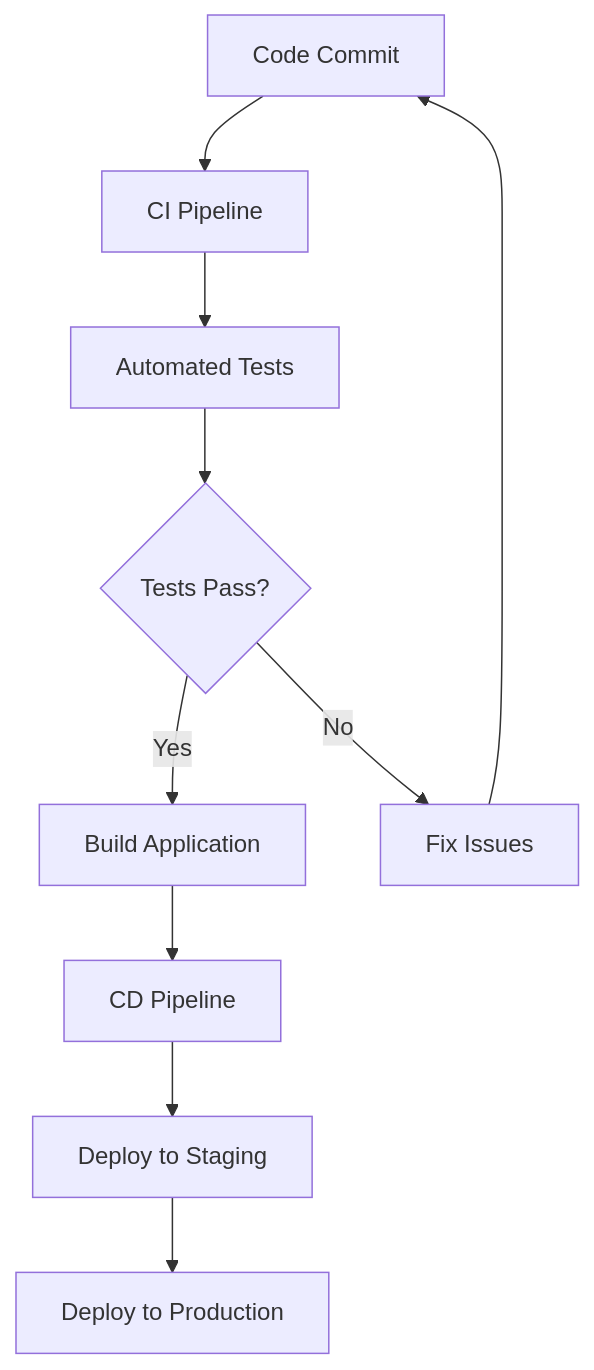
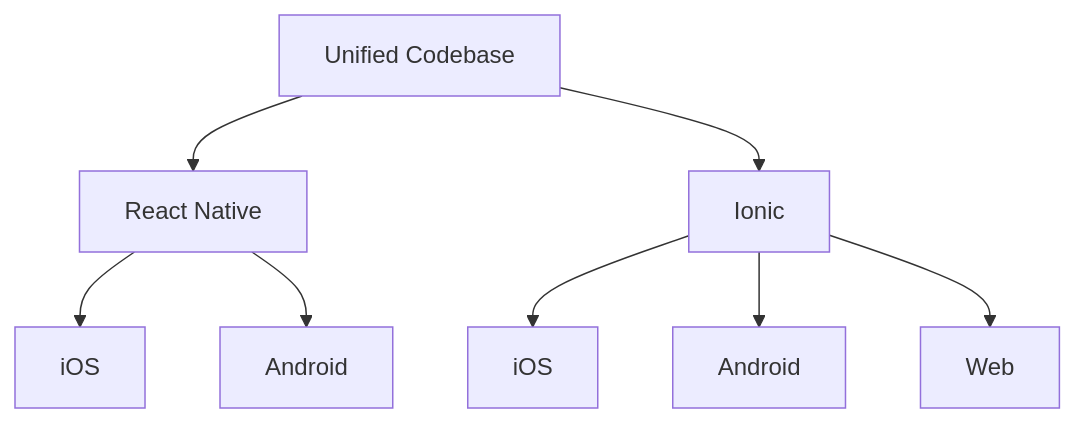
The diagram in content/patterns-js/18/2/index.md (MasteryEducation/SoftwarePatternsLexicon.com), drawn with Mermaid before and after one commit. The commit also changed other lines of this file and 570 other files, not shown here.

````diff
--- a/content/patterns-js/18/2/index.md
+++ b/content/patterns-js/18/2/index.md
@@ -161,12 +217,10 @@
 ```mermaid
 graph TD;
-    A[Code Commit] --> B[CI Pipeline];
-    B --> C[Automated Tests];
-    C --> D{Tests Pass?};
-    D -- Yes --> E[Build Application];
-    E --> F[CD Pipeline];
-    F --> G[Deploy to Staging];
-    G --> H[Deploy to Production];
-    D -- No --> I[Fix Issues];
-    I --> A;
+    A[Unified Codebase] --> B[React Native]
+    A --> C[Ionic]
+    B --> D[iOS]
+    B --> E[Android]
+    C --> F[iOS]
+    C --> G[Android]
+    C --> H[Web]
 ```
````
